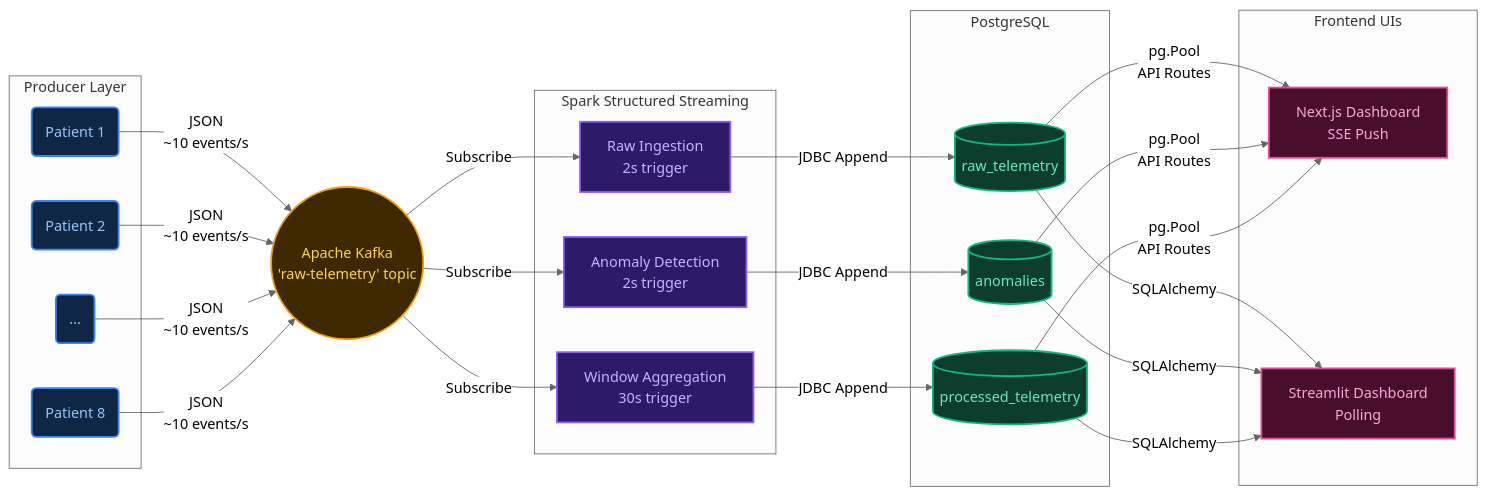
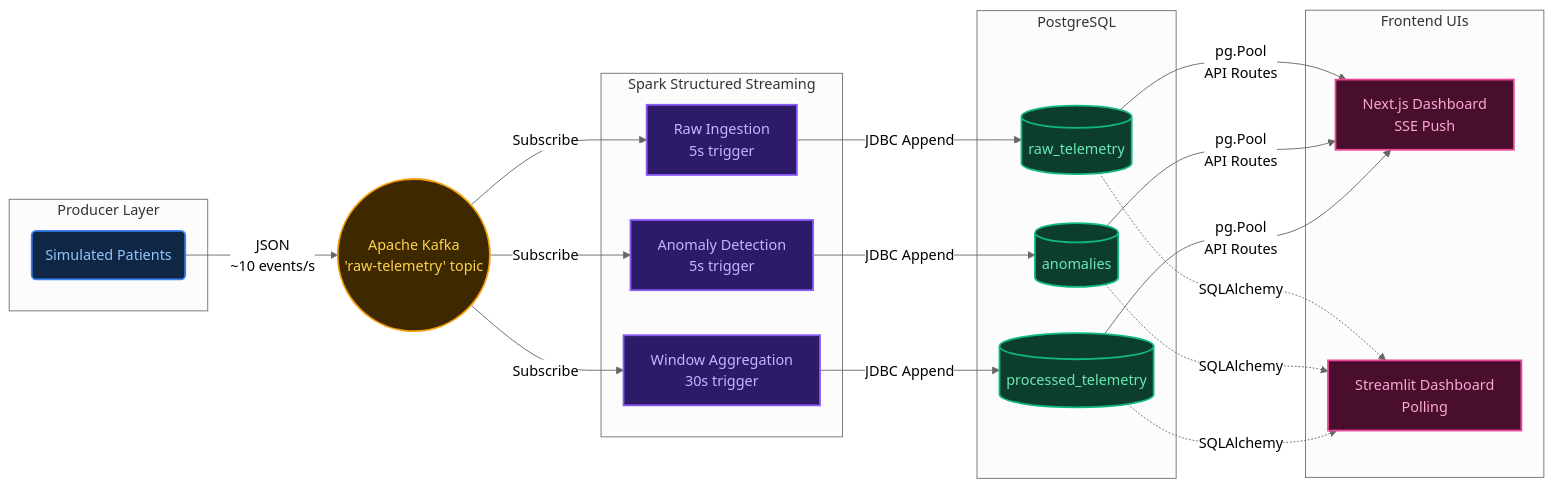
Before and after one commit to nandan-19/EdgePulse: the diagram in README.md, drawn with Mermaid (neutral theme). The commit also changed other lines of this file, not shown here.

Commit message:
docs: Fix Mermaid syntax and add project description

````diff
--- a/README.md
+++ b/README.md
@@ -10,49 +12,54 @@
 ```mermaid
 flowchart LR
     %% Colors & Styles
     classDef gen fill:#0f2744,stroke:#3b82f6,color:#93c5fd,stroke-width:2px;
     classDef kafka fill:#3d2800,stroke:#f59e0b,color:#fcd34d,stroke-width:2px;
     classDef spark fill:#2d1b69,stroke:#8b5cf6,color:#c4b5fd,stroke-width:2px;
     classDef pg fill:#0d3d2d,stroke:#10b981,color:#6ee7b7,stroke-width:2px;
     classDef dash fill:#4a0e2d,stroke:#ec4899,color:#f9a8d4,stroke-width:2px;
 
     %% Nodes
     subgraph Producer Layer
-        P1(Patient 1) & P2(Patient 2) & P3(...) & P8(Patient 8)
+        P1(Simulated Patients)
     end
     
     K((Apache Kafka\n'raw-telemetry' topic)):::kafka
     
     subgraph Spark Structured Streaming
-        S1[Raw Ingestion\n2s trigger]:::spark
-        S2[Anomaly Detection\n2s trigger]:::spark
+        S1[Raw Ingestion\n5s trigger]:::spark
+        S2[Anomaly Detection\n5s trigger]:::spark
         S3[Window Aggregation\n30s trigger]:::spark
     end
     
     subgraph PostgreSQL
         DB1[(raw_telemetry)]:::pg
         DB2[(anomalies)]:::pg
         DB3[(processed_telemetry)]:::pg
     end
     
     subgraph Frontend UIs
         NJS[Next.js Dashboard\nSSE Push]:::dash
         ST[Streamlit Dashboard\nPolling]:::dash
     end
 
     %% Relationships
-    P1 & P2 & P3 & P8 -- "JSON\n~10 events/s" --> K
+    P1 -- "JSON\n~10 events/s" --> K
     
     K -- "Subscribe" --> S1
     K -- "Subscribe" --> S2
     K -- "Subscribe" --> S3
     
     S1 -- "JDBC Append" --> DB1
     S2 -- "JDBC Append" --> DB2
     S3 -- "JDBC Append" --> DB3
     
-    DB1 & DB2 & DB3 -- "pg.Pool\nAPI Routes" --> NJS
-    DB1 & DB2 & DB3 -- "SQLAlchemy" --> ST
+    DB1 -- "pg.Pool\nAPI Routes" --> NJS
+    DB2 -- "pg.Pool\nAPI Routes" --> NJS
+    DB3 -- "pg.Pool\nAPI Routes" --> NJS
 
-    class P1,P2,P3,P8 gen;
+    DB1 -. "SQLAlchemy" .-> ST
+    DB2 -. "SQLAlchemy" .-> ST
+    DB3 -. "SQLAlchemy" .-> ST
+
+    class P1 gen;
 ```
````
